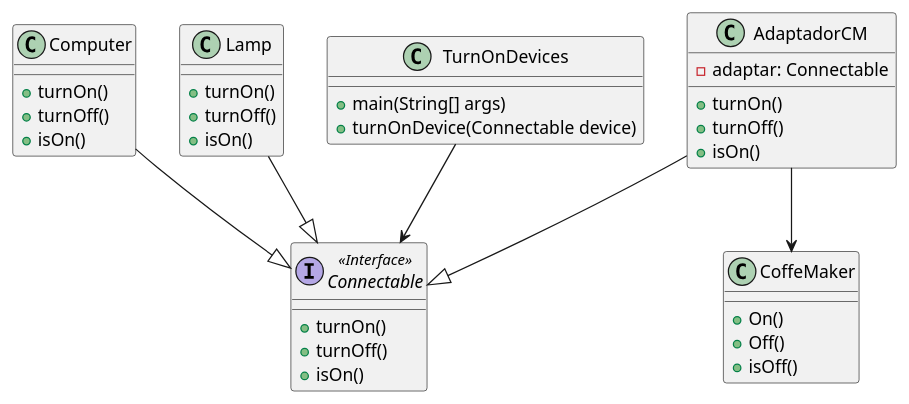
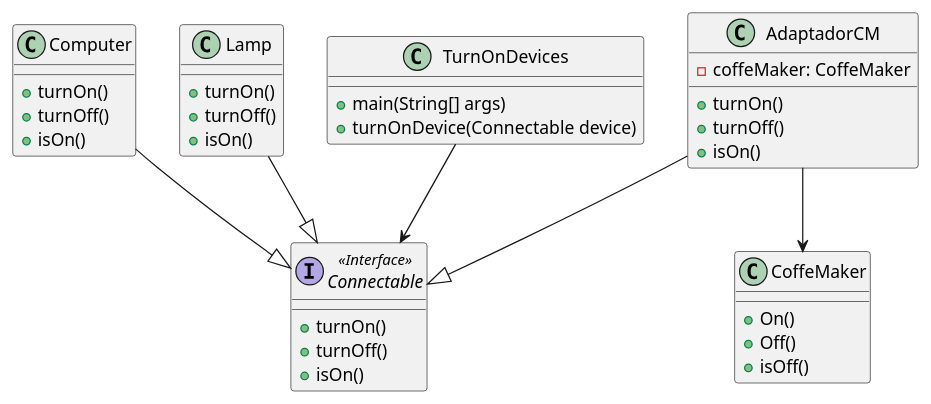
The diagram in coffeMaker.plantuml (Andreinalcm/Reto_15), drawn with PlantUML before and after one commit.

Commit message:
Modificación de Clase AdaptadorCM en el plantuml

```diff
--- a/coffeMaker.plantuml
+++ b/coffeMaker.plantuml
@@ -1,45 +1,45 @@
 @startuml Casa inteligente
 
 class Computer {
     +turnOn()
     +turnOff()
     +isOn()
 }
 
 class Lamp {
     +turnOn()
     +turnOff()
     +isOn()
 }
 
 class CoffeMaker {
     +On()
     +Off()
     +isOff()
 }
 
 class AdaptadorCM {
-    -adaptar: Connectable
+    -coffeMaker: CoffeMaker
     +turnOn()
     +turnOff()
     +isOn()
 }
 
 class TurnOnDevices {
     +main(String[] args)
     +turnOnDevice(Connectable device)
 }
 
 interface Connectable <<Interface>> {
     +turnOn()
     +turnOff()
     +isOn()
 }
 
 TurnOnDevices --> Connectable
 Lamp --|> Connectable
 Computer --|> Connectable
 AdaptadorCM --|> Connectable
 AdaptadorCM --> CoffeMaker
 
 @enduml
```
